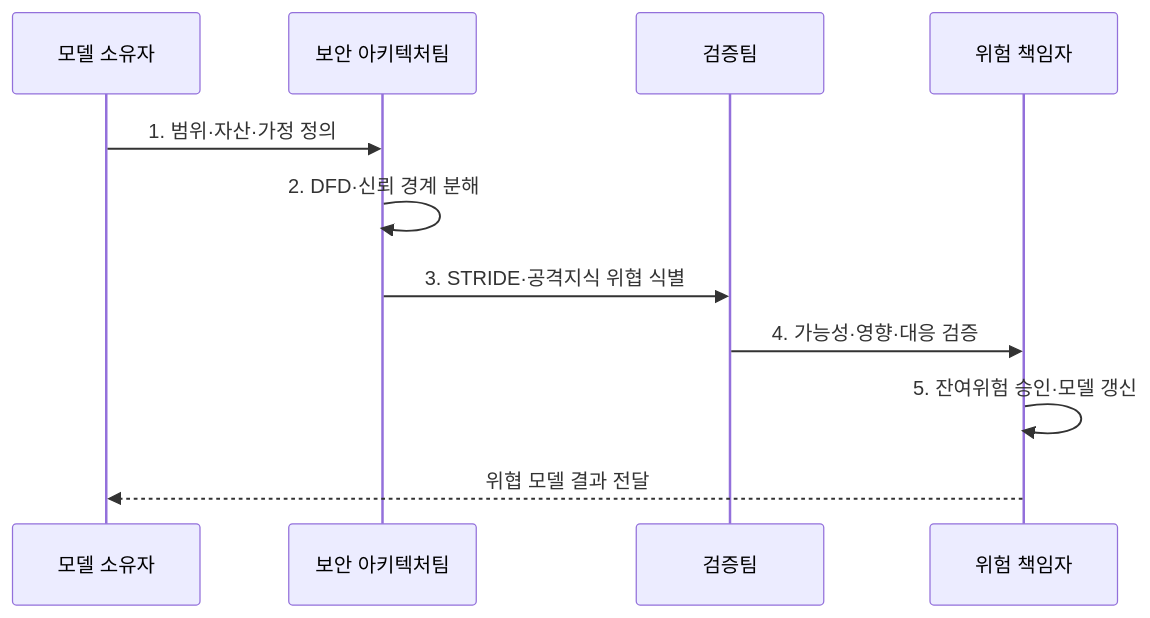
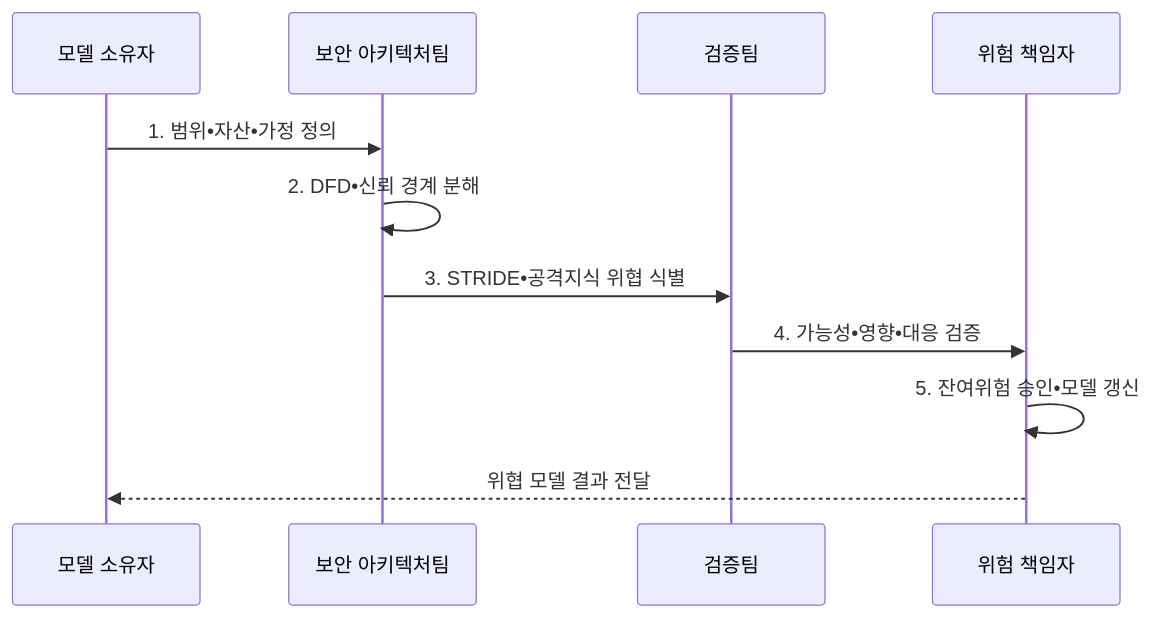
Before and after one commit to agnusdei1207/knowledge-base: the second of 2 diagrams in src/content/docs/notes/05-security/146_threat_modeling_stride.md, drawn with Mermaid. The commit also changed other lines of this file and 953 other files, not shown here.

````diff
--- a/src/content/docs/notes/05-security/146_threat_modeling_stride.md
+++ b/src/content/docs/notes/05-security/146_threat_modeling_stride.md
@@ -100,13 +100,13 @@
 ```mermaid
 sequenceDiagram
   participant O as 모델 소유자
   participant S as 보안 아키텍처팀
   participant V as 검증팀
   participant R as 위험 책임자
-  O->>S: 1. 범위·자산·가정 정의
-  S->>S: 2. DFD·신뢰 경계 분해
-  S->>V: 3. STRIDE·공격지식 위협 식별
-  V->>R: 4. 가능성·영향·대응 검증
-  R->>R: 5. 잔여위험 승인·모델 갱신
+  O->>S: 1. 범위•자산•가정 정의
+  S->>S: 2. DFD•신뢰 경계 분해
+  S->>V: 3. STRIDE•공격지식 위협 식별
+  V->>R: 4. 가능성•영향•대응 검증
+  R->>R: 5. 잔여위험 승인•모델 갱신
   R-->>O: 위협 모델 결과 전달
 ```
````
